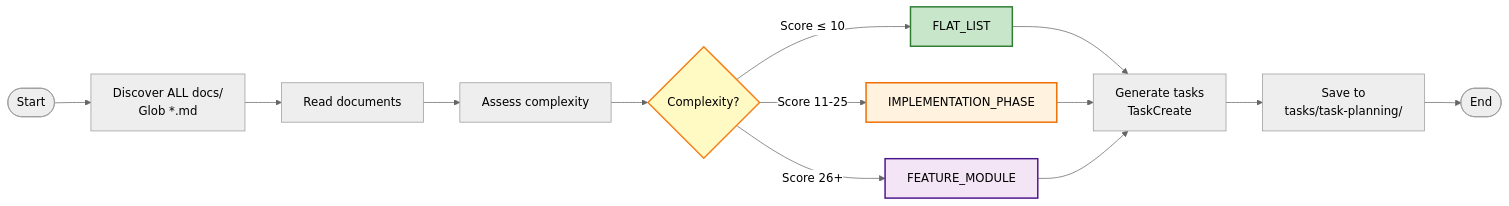
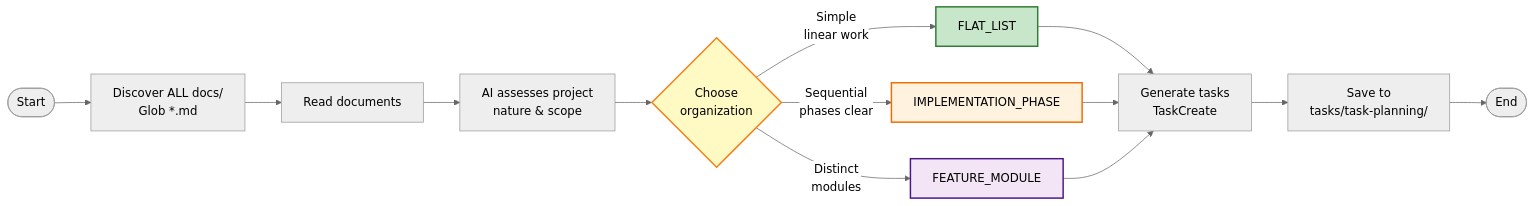
The diagram in .claude/skills/task-planning/SKILL.md (abcxyzx0099/datachat), drawn with Mermaid (neutral theme) before and after one commit. The commit also changed other lines of this file and 14 other files, not shown here.

````diff
--- a/.claude/skills/task-planning/SKILL.md
+++ b/.claude/skills/task-planning/SKILL.md
@@ -20,23 +20,23 @@
 ```mermaid
 flowchart LR
     Start([Start]) --> Discover[Discover ALL docs/<br/>Glob *.md]
     Discover --> Read[Read documents]
-    Read --> Assess[Assess complexity]
-    Assess --> Decide{Complexity?}
+    Read --> Assess[AI assesses project<br/>nature & scope]
+    Assess --> Decide{Choose<br/>organization}
 
-    Decide -->|Score ≤ 10| Flat[FLAT_LIST]
-    Decide -->|Score 11-25| Phase[IMPLEMENTATION_PHASE]
-    Decide -->|Score 26+| Module[FEATURE_MODULE]
+    Decide -->|Simple<br/>linear work| Flat[FLAT_LIST]
+    Decide -->|Sequential<br/>phases clear| Phase[IMPLEMENTATION_PHASE]
+    Decide -->|Distinct<br/>modules| Module[FEATURE_MODULE]
 
     Flat --> Generate[Generate tasks<br/>TaskCreate]
     Phase --> Generate
     Module --> Generate
 
     Generate --> Save[Save to<br/>tasks/task-planning/]
     Save --> End([End])
 
     style Decide fill:#fff9c4,stroke:#f57f17,stroke-width:2px
     style Flat fill:#c8e6c9,stroke:#2e7d32,stroke-width:2px
     style Phase fill:#fff3e0,stroke:#ef6c00,stroke-width:2px
     style Module fill:#f3e5f5,stroke:#4a148c,stroke-width:2px
 ```
````
